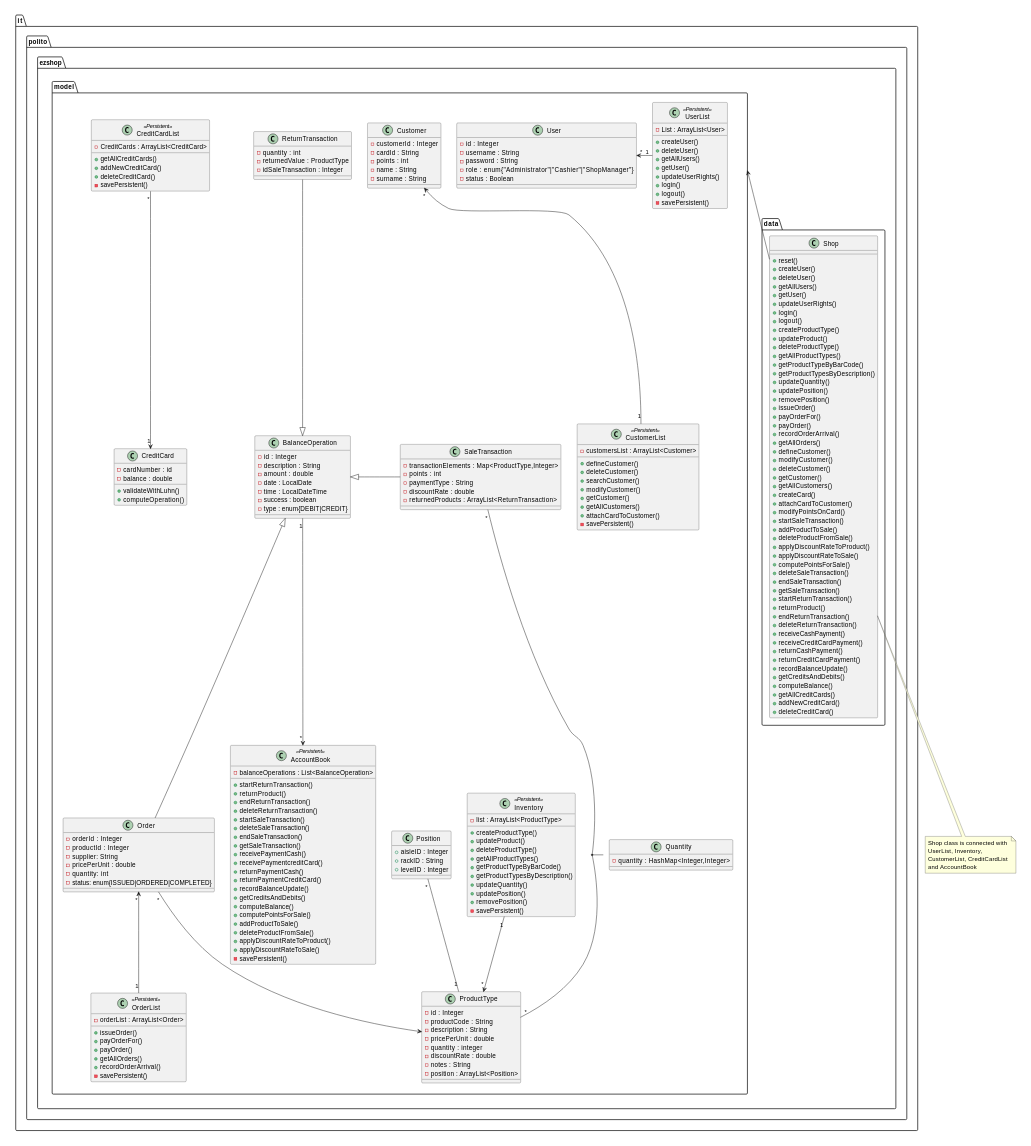
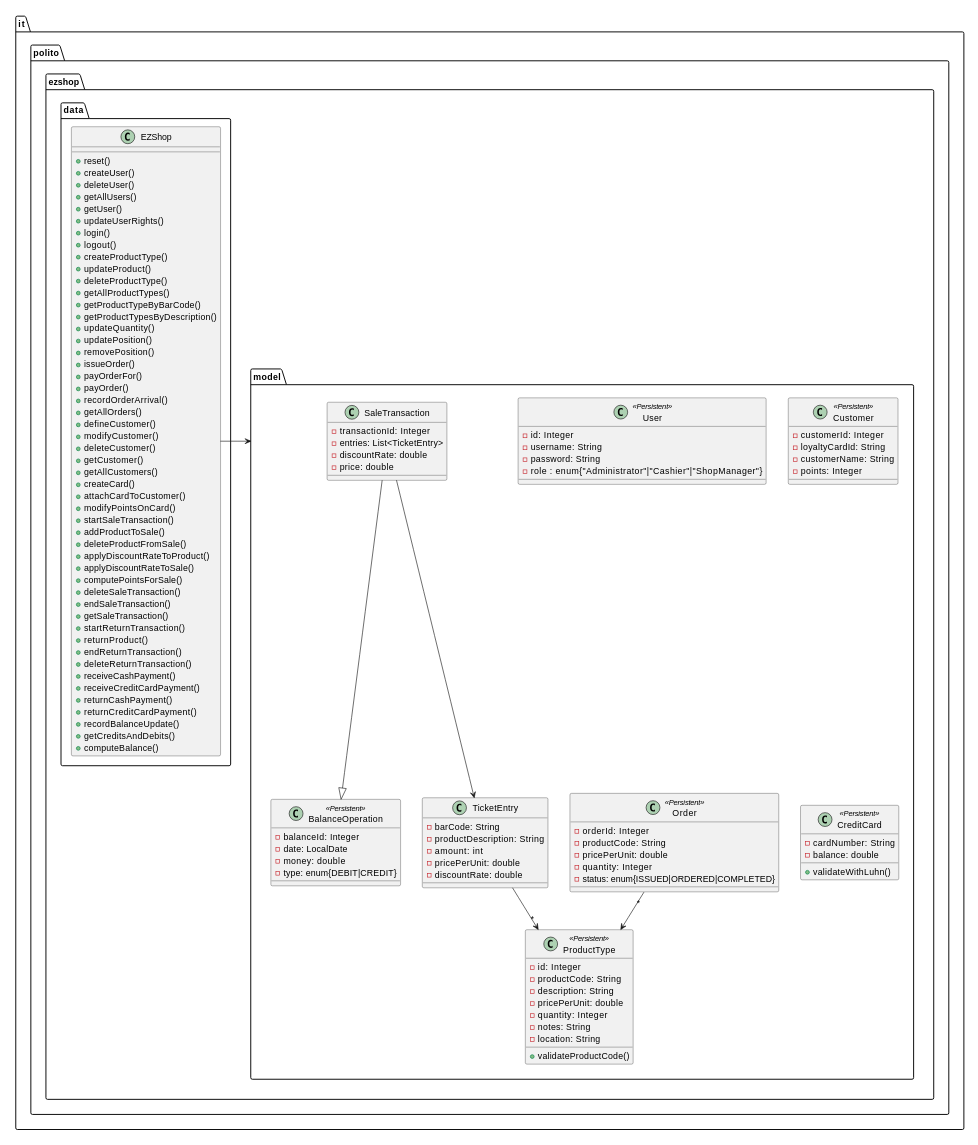
One commit to mkexc/ezshop changed the second of 22 diagrams in Deliverables/DesignDocument.md. Above: the diagram before and after it, drawn with PlantUML. The commit also changed other lines of this file, not shown here.

````diff
--- a/Deliverables/DesignDocument.md
+++ b/Deliverables/DesignDocument.md
@@ -61,175 +82,72 @@
 
 package it.polito.ezshop.model{
 
-    class User{
-        - id : Integer
-        - username : String
-        - password : String
+    class User <<Persistent>> {
+        - id: Integer
+        - username: String
+        - password: String
         - role : enum{"Administrator"|"Cashier"|"ShopManager"}
-        - status : Boolean
     }
 
-    class UserList <<Persistent>> {
-        - List : ArrayList<User>
+    class ProductType <<Persistent>> {
+        - id: Integer
+        - productCode: String
+        - description: String
+        - pricePerUnit: double
+        - quantity: Integer
+        - notes: String
+        - location: String
         
-        + createUser()
-        + deleteUser()
-        + getAllUsers()
-        + getUser()
-        + updateUserRights()
-        + login()
-        + logout()
-        - savePersistent()
-    }
-    
-    class ProductType{
-        - id : Integer
-        - productCode : String
-        - description : String
-        - pricePerUnit : double
-        - quantity : integer
-        - discountRate : double
-        - notes : String
-        - position : ArrayList<Position>
+        + validateProductCode()
     }
 
-    class Inventory <<Persistent>> {
-        - list : ArrayList<ProductType>
-        
-        + createProductType()
-        + updateProduct()
-        + deleteProductType()
-        + getAllProductTypes()
-        + getProductTypeByBarCode()
-        + getProductTypesByDescription()
-        + updateQuantity()
-        + updatePosition()
-        + removePosition()
-        - savePersistent()
-    }
-
-    class Order{
-        - orderId : Integer
-        - productId : Integer
-        - supplier: String
-        - pricePerUnit : double
-        - quantity: int
+    class Order <<Persistent>> {
+        - orderId: Integer
+        - productCode: String
+        - pricePerUnit: double
+        - quantity: Integer
         - status: enum{ISSUED|ORDERED|COMPLETED}
     }
 
-    class OrderList  <<Persistent>> {    
-        - orderList : ArrayList<Order>
-
-        + issueOrder()
-        + payOrderFor()
-        + payOrder()
-        + getAllOrders()
-        + recordOrderArrival()
-        - savePersistent()
-        
+    class Customer <<Persistent>> {
+        - customerId: Integer
+        - loyaltyCardId: String
+        - customerName: String
+        - points: Integer
     }
 
-    class Position{
-        + aisleID : Integer
-        + rackID : String
-        + levelID : Integer
+    class BalanceOperation <<Persistent>> {
+        - balanceId: Integer
+        - date: LocalDate
+        - money: double
+        - type: enum{DEBIT|CREDIT} 
     }
 
-    class Quantity{
-        - quantity : HashMap<Integer,Integer>
+    class SaleTransaction {
+        - transactionId: Integer
+        - entries: List<TicketEntry>
+        - discountRate: double
+        - price: double
     }
 
-    class Customer{
-        - customerId : Integer
-        - cardId : String
-        - points : int
-        - name : String
-        - surname : String
+    class CreditCard <<Persistent>> {
+        - cardNumber: String
+        - balance: double
+        
+        + validateWithLuhn()
     }
 
-    class CustomerList <<Persistent>> {
-        - customersList : ArrayList<Customer>
-
-        + defineCustomer()
-        + deleteCustomer()
-        + searchCustomer()
-        + modifyCustomer()
-        + getCustomer()
-        + getAllCustomers()
-        + attachCardToCustomer()
-        - savePersistent()
-    }
-
-    class BalanceOperation {
-        - id : Integer
-        - description : String
-        - amount : double        
-        - date : LocalDate
-        - time : LocalDateTime
-        - success : boolean
-        - type : enum{DEBIT|CREDIT} 
-    }
-
-    class SaleTransaction{
-        - transactionElements : Map<ProductType,Integer>
-        - points : int
-        - paymentType : String
-        - discountRate : double
-        - returnedProducts : ArrayList<ReturnTransaction>
-    }
-
-    class ReturnTransaction {
-        - quantity : int
-        - returnedValue : ProductType
-        - idSaleTransaction : Integer
-    }
-
-    class CreditCard{
-        - cardNumber : id
-        - balance : double
-        
-        + validateWithLuhn()
-        + computeOperation()
-    }
-    
-    class CreditCardList <<Persistent>> {
-        - CreditCards : ArrayList<CreditCard>
-
-        + getAllCreditCards()
-        + addNewCreditCard()
-        + deleteCreditCard()
-        - savePersistent()
-    }
-    
-    class AccountBook <<Persistent>> {
-        - balanceOperations : List<BalanceOperation>
-
-        + startReturnTransaction()
-        + returnProduct()
-        + endReturnTransaction()
-        + deleteReturnTransaction()
-        + startSaleTransaction()
-        + deleteSaleTransaction()
-        + endSaleTransaction()
-        + getSaleTransaction()
-        + receivePaymentCash()
-        + receivePaymentcreditCard()
-        + returnPaymentCash()
-        + returnPaymentCreditCard()
-        + recordBalanceUpdate()
-        + getCreditsAndDebits()
-        + computeBalance()
-        + computePointsForSale()
-        + addProductToSale()
-        + deleteProductFromSale()
-        + applyDiscountRateToProduct()
-        + applyDiscountRateToSale()
-        - savePersistent()
+    class TicketEntry {
+        - barCode: String
+        - productDescription: String
+        - amount: int
+        - pricePerUnit: double
+        - discountRate: double
     }
 }
 
 package it.polito.ezshop.data{
-    class Shop{
+    class EZShop{
         + reset()
         + createUser()
         + deleteUser()
@@ -280,34 +198,14 @@
         + recordBalanceUpdate()
         + getCreditsAndDebits()
         + computeBalance()
-        + getAllCreditCards()
-        + addNewCreditCard()
-        + deleteCreditCard()
     }
 }
 
-note as ShopConnections
-    Shop class is connected with 
-    UserList, Inventory, 
-    CustomerList, CreditCardList 
-    and AccountBook
-end note
+SaleTransaction --> TicketEntry
+TicketEntry --> "*" ProductType
+Order "*" --> ProductType
+SaleTransaction --|> BalanceOperation
+EZShop -right-> it.polito.ezshop.model
 
-SaleTransaction "*" -- "*" ProductType
-BalanceOperation <|-- Order
-Inventory "1" --> "*" ProductType
-Position "*"-- "1"ProductType
-User "*" <- "1" UserList
-Customer "*" <-- "1" CustomerList
-Order "*" --> ProductType
-OrderList "1" -up-> "*" Order
-BalanceOperation"1" --> "*"AccountBook
-ReturnTransaction --|> BalanceOperation
-SaleTransaction -left-|> BalanceOperation
-Shop -up-> it.polito.ezshop.model
-Shop .. ShopConnections
-Quantity -[hidden]left-> SaleTransaction
-CreditCardList "*" --> "1" CreditCard
-(SaleTransaction, ProductType)  .left. Quantity
 @enduml
 ```
````
